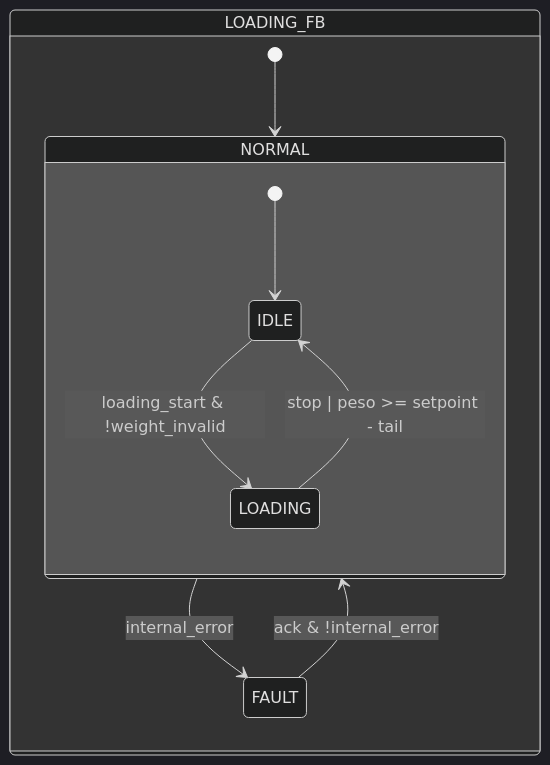
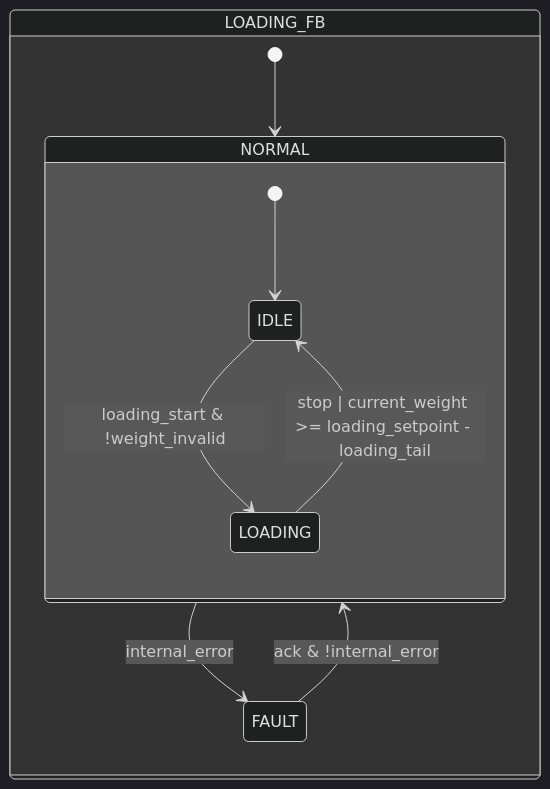
The second of 3 diagrams in docs/it/library/load-cells/loading-unloading/index.md (AleFire99/TIA_knowledge), drawn with Mermaid (dark theme) before and after one commit. The commit also changed other lines of this file and 17 other files, not shown here.

````diff
--- a/docs/it/library/load-cells/loading-unloading/index.md
+++ b/docs/it/library/load-cells/loading-unloading/index.md
@@ -153,15 +153,15 @@
 ```mermaid
 stateDiagram-v2
 state LOADING_FB{
     [*] --> NORMAL
 
     NORMAL --> FAULT : internal_error
     FAULT --> NORMAL : ack & !internal_error
 
     state NORMAL {
         [*] --> IDLE
         IDLE --> LOADING : loading_start & !weight_invalid
-        LOADING --> IDLE : stop | peso >= setpoint - tail
+        LOADING --> IDLE : stop | current_weight >= loading_setpoint - loading_tail
     }
 }
 ```
````
